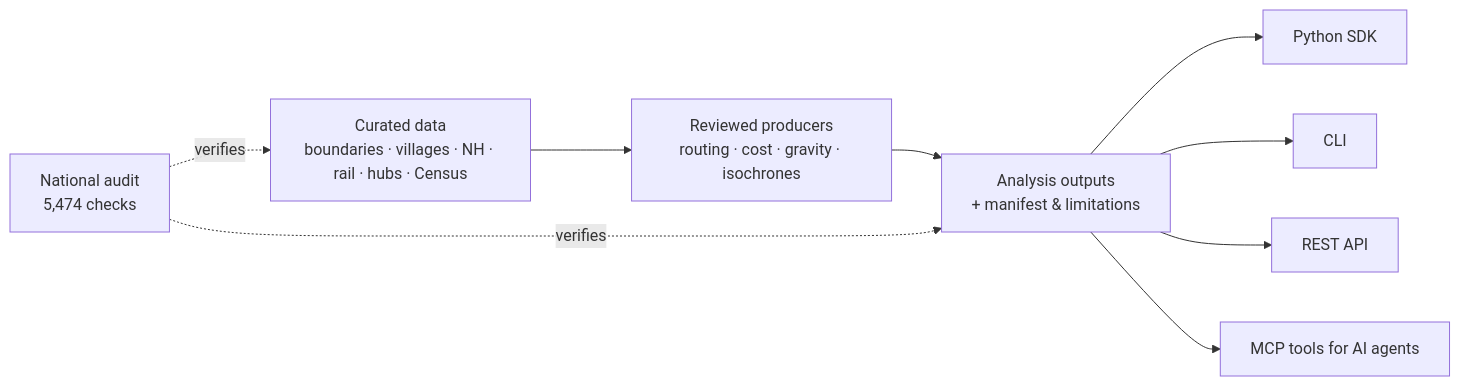
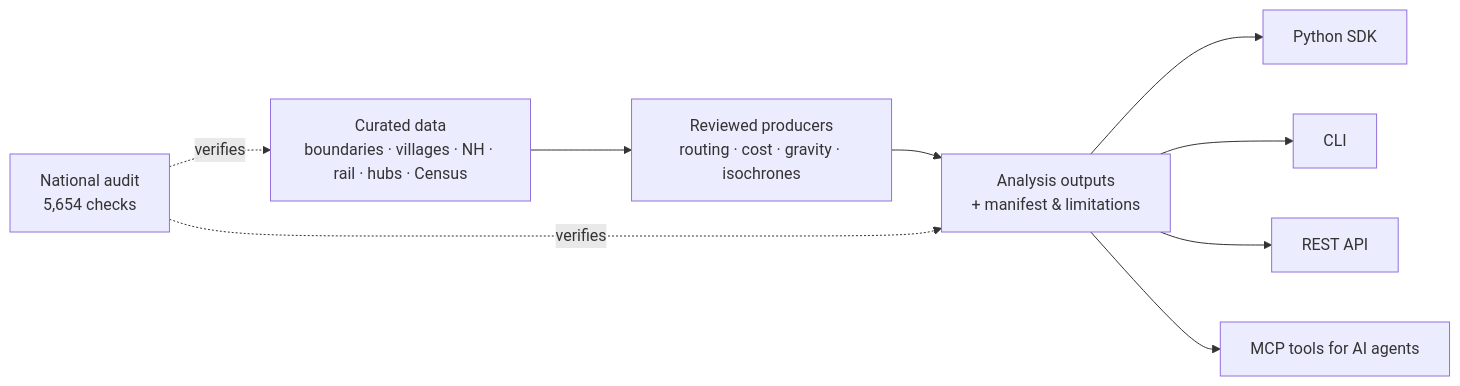
One commit to subhams07/gisindia4logistics changed the diagram in README.md. Above: the diagram before and after it, drawn with Mermaid. The commit also changed other lines of this file and 11 other files, not shown here.

````diff
--- a/README.md
+++ b/README.md
@@ -77,11 +77,11 @@
 ```mermaid
 flowchart LR
     A["Curated data<br/>boundaries · villages · NH · rail · hubs · Census"] --> B["Reviewed producers<br/>routing · cost · gravity · isochrones"]
     B --> C["Analysis outputs<br/>+ manifest & limitations"]
     C --> D["Python SDK"]
     C --> E["CLI"]
     C --> F["REST API"]
     C --> G["MCP tools for AI agents"]
-    H["National audit<br/>5,474 checks"] -.verifies.-> A
+    H["National audit<br/>5,654 checks"] -.verifies.-> A
     H -.verifies.-> C
 ```
````
